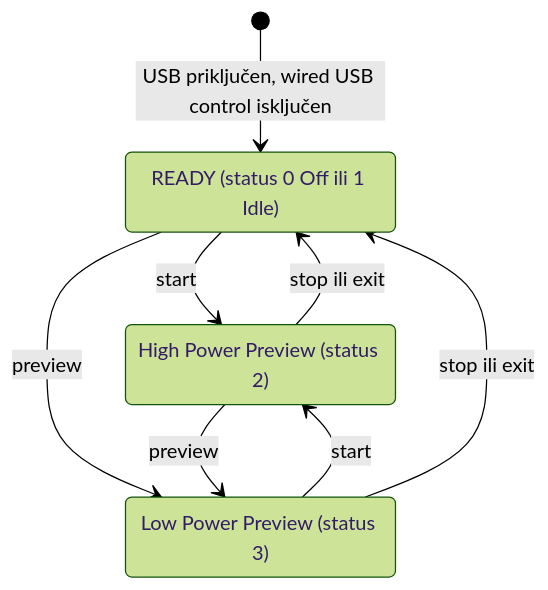
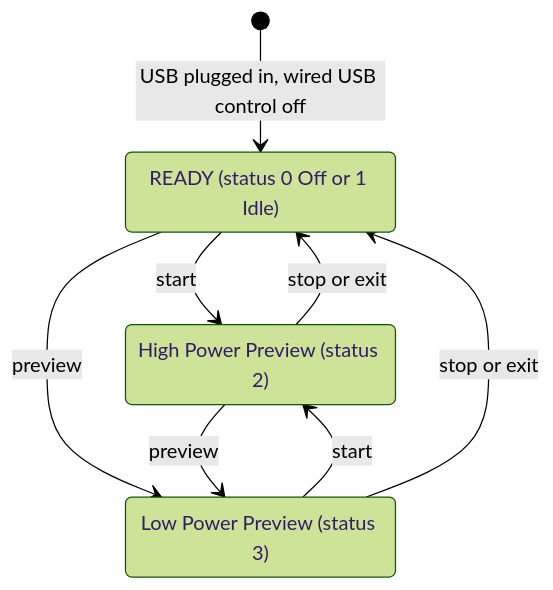
Before and after one commit to darkodemic/gpwebcam: the diagram in docs/plans-and-decisions/open-gopro-webcam-api.md, drawn with Mermaid (forest theme). The commit also changed other lines of this file and 15 other files, not shown here.

````diff
--- a/docs/plans-and-decisions/open-gopro-webcam-api.md
+++ b/docs/plans-and-decisions/open-gopro-webcam-api.md
@@ -56,13 +56,13 @@
 ```mermaid
 stateDiagram-v2
-    [*] --> ready : USB priključen, wired USB control isključen
-    ready : READY (status 0 Off ili 1 Idle)
+    [*] --> ready : USB plugged in, wired USB control off
+    ready : READY (status 0 Off or 1 Idle)
     high : High Power Preview (status 2)
     low : Low Power Preview (status 3)
     ready --> high : start
     ready --> low : preview
     high --> low : preview
     low --> high : start
-    high --> ready : stop ili exit
-    low --> ready : stop ili exit
+    high --> ready : stop or exit
+    low --> ready : stop or exit
 ```
````
